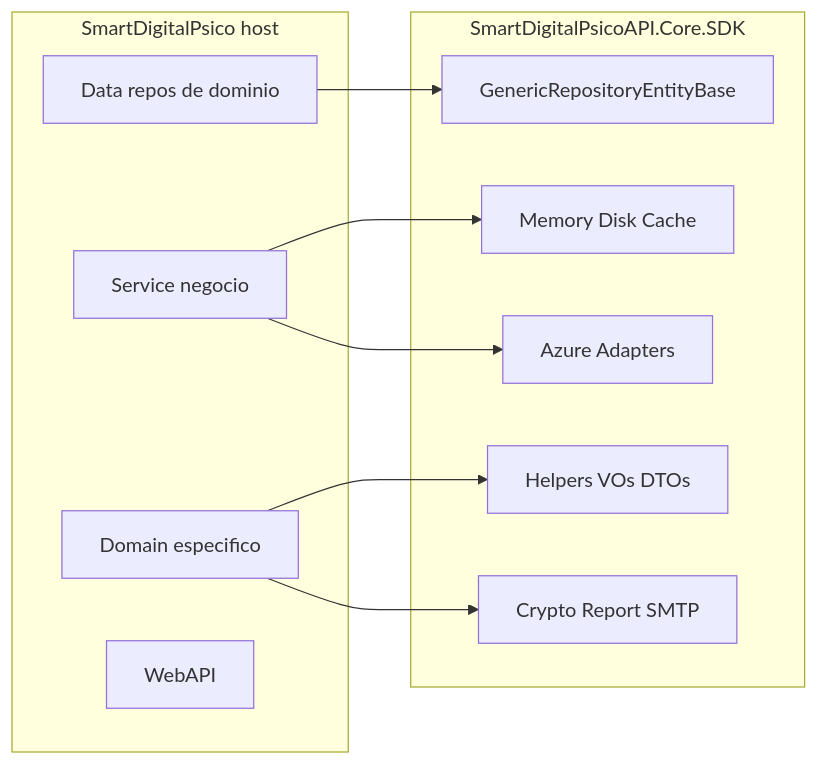
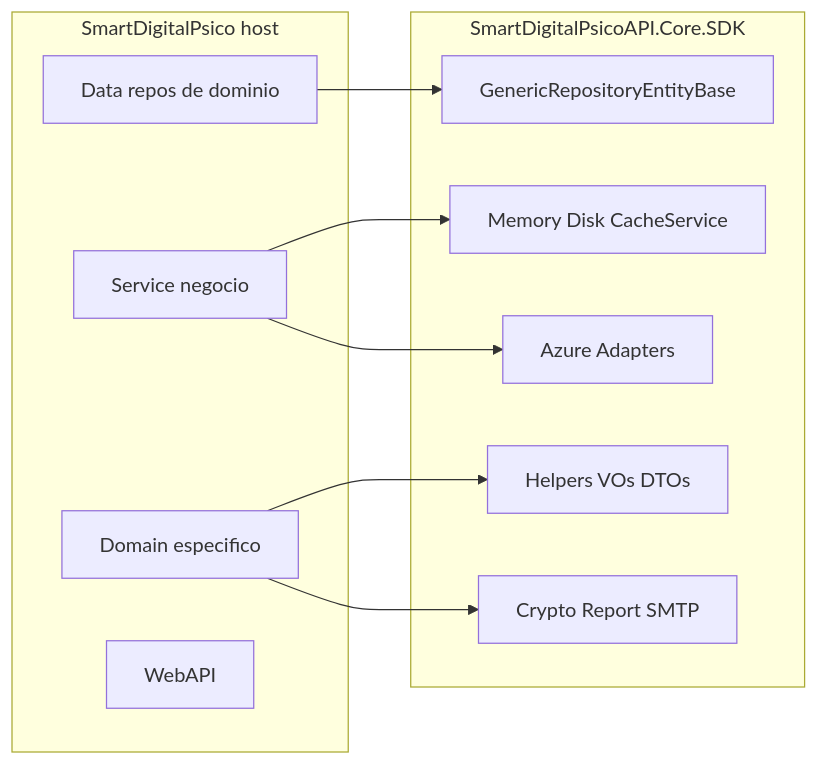
The diagram in DOCUMENTACAO/SmartDigitalPsicoAPI.Core.SDK/Levantamento.md (LeoneRocha/SmartDigitalPsicoAPI), drawn with Mermaid before and after one commit. The commit also changed other lines of this file and 2 other files, not shown here.

````diff
--- a/DOCUMENTACAO/SmartDigitalPsicoAPI.Core.SDK/Levantamento.md
+++ b/DOCUMENTACAO/SmartDigitalPsicoAPI.Core.SDK/Levantamento.md
@@ -423,21 +428,21 @@
 ```mermaid
 flowchart LR
   subgraph host [SmartDigitalPsico host]
     Domain[Domain especifico]
     Data[Data repos de dominio]
     Service[Service negocio]
     API[WebAPI]
   end
   subgraph sdk [SmartDigitalPsicoAPI.Core.SDK]
     GenRepo[GenericRepositoryEntityBase]
-    Cache[Memory Disk Cache]
+    Cache[Memory Disk CacheService]
     Azure[Azure Adapters]
     Helpers[Helpers VOs DTOs]
     Crypto[Crypto Report SMTP]
   end
   Data --> GenRepo
   Service --> Cache
   Service --> Azure
   Domain --> Helpers
   Domain --> Crypto
 ```
````
